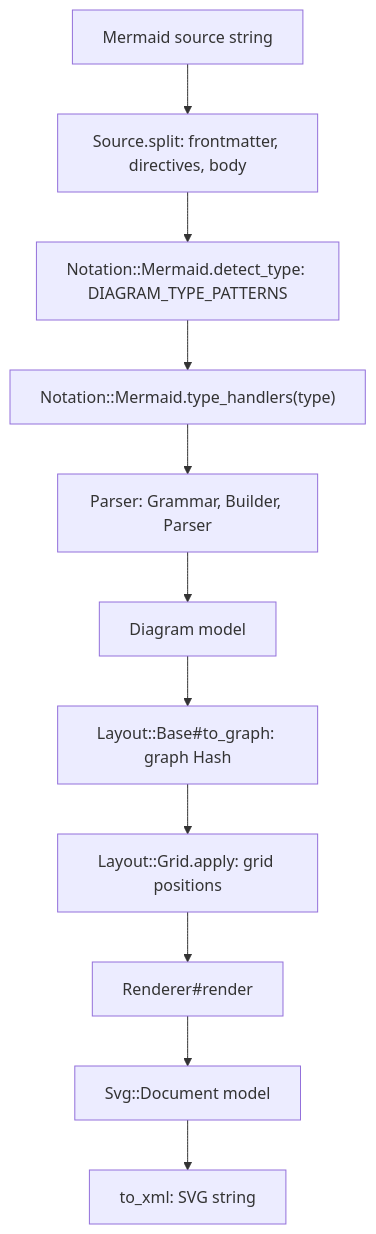
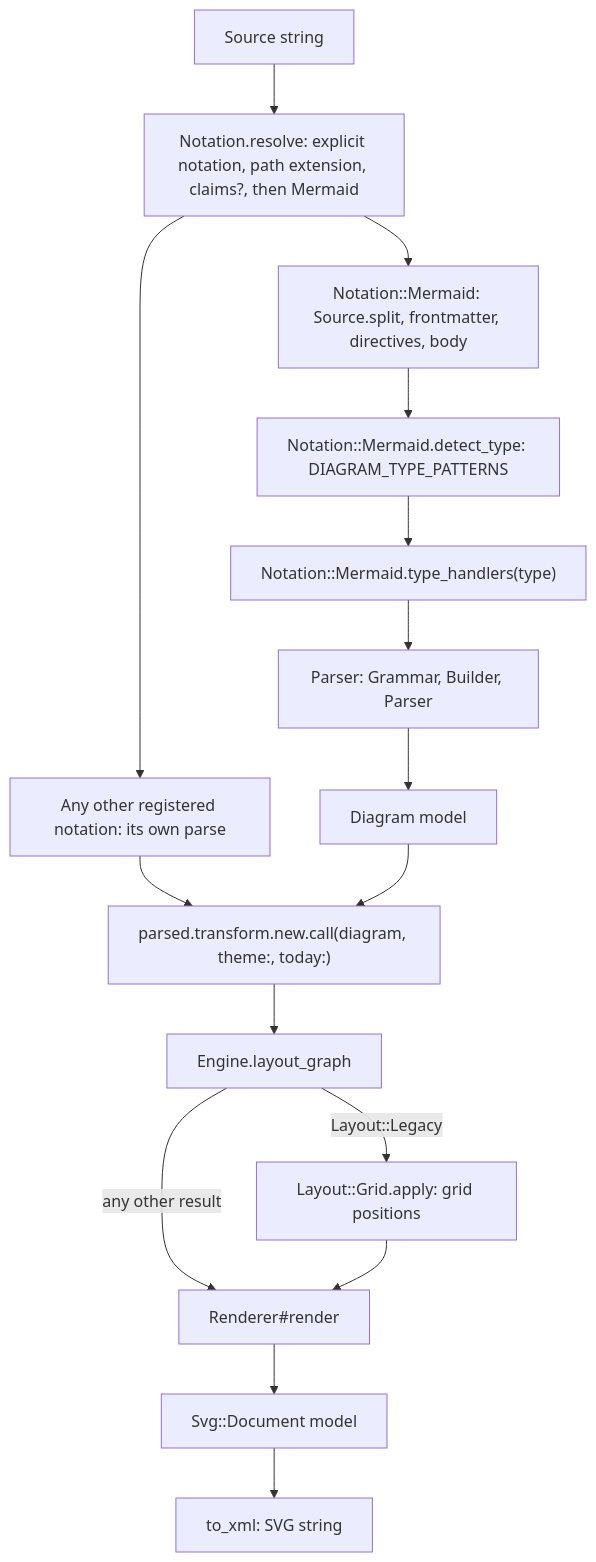
The first of 3 diagrams in ARCHITECTURE.md (claricle/sirena), drawn with Mermaid before and after one commit. The commit also changed other lines of this file and 18 other files, not shown here.

````diff
--- a/ARCHITECTURE.md
+++ b/ARCHITECTURE.md
@@ -31,13 +31,18 @@
 ```mermaid
 flowchart TD
-    Src["Mermaid source string"] --> Split["Source.split: frontmatter, directives, body"]
+    Src["Source string"] --> Pick["Notation.resolve: explicit notation, path extension, claims?, then Mermaid"]
+    Pick --> Split["Notation::Mermaid: Source.split, frontmatter, directives, body"]
+    Pick --> Other["Any other registered notation: its own parse"]
     Split --> Detect["Notation::Mermaid.detect_type: DIAGRAM_TYPE_PATTERNS"]
     Detect --> Reg["Notation::Mermaid.type_handlers(type)"]
     Reg --> Parse["Parser: Grammar, Builder, Parser"]
     Parse --> Model["Diagram model"]
-    Model --> Trans["Layout::Base#to_graph: graph Hash"]
-    Trans --> Grid["Layout::Grid.apply: grid positions"]
+    Other --> Trans
+    Model --> Trans["parsed.transform.new.call(diagram, theme:, today:)"]
+    Trans --> Layout["Engine.layout_graph"]
+    Layout -->|"Layout::Legacy"| Grid["Layout::Grid.apply: grid positions"]
+    Layout -->|"any other result"| Rend
     Grid --> Rend["Renderer#render"]
     Rend --> Svg["Svg::Document model"]
     Svg --> Xml["to_xml: SVG string"]
 ```
````
